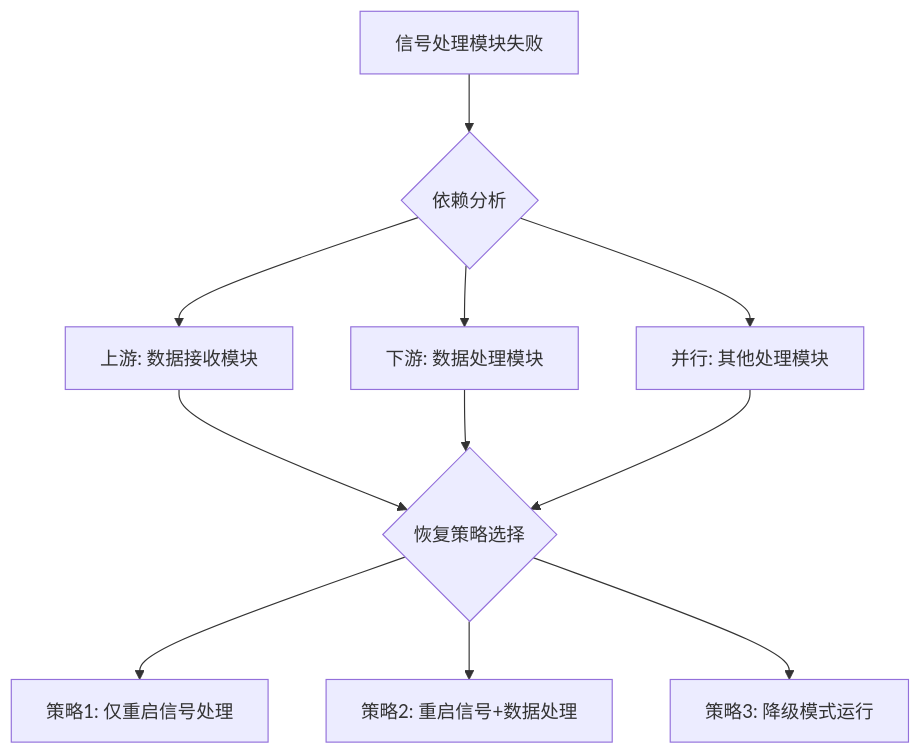
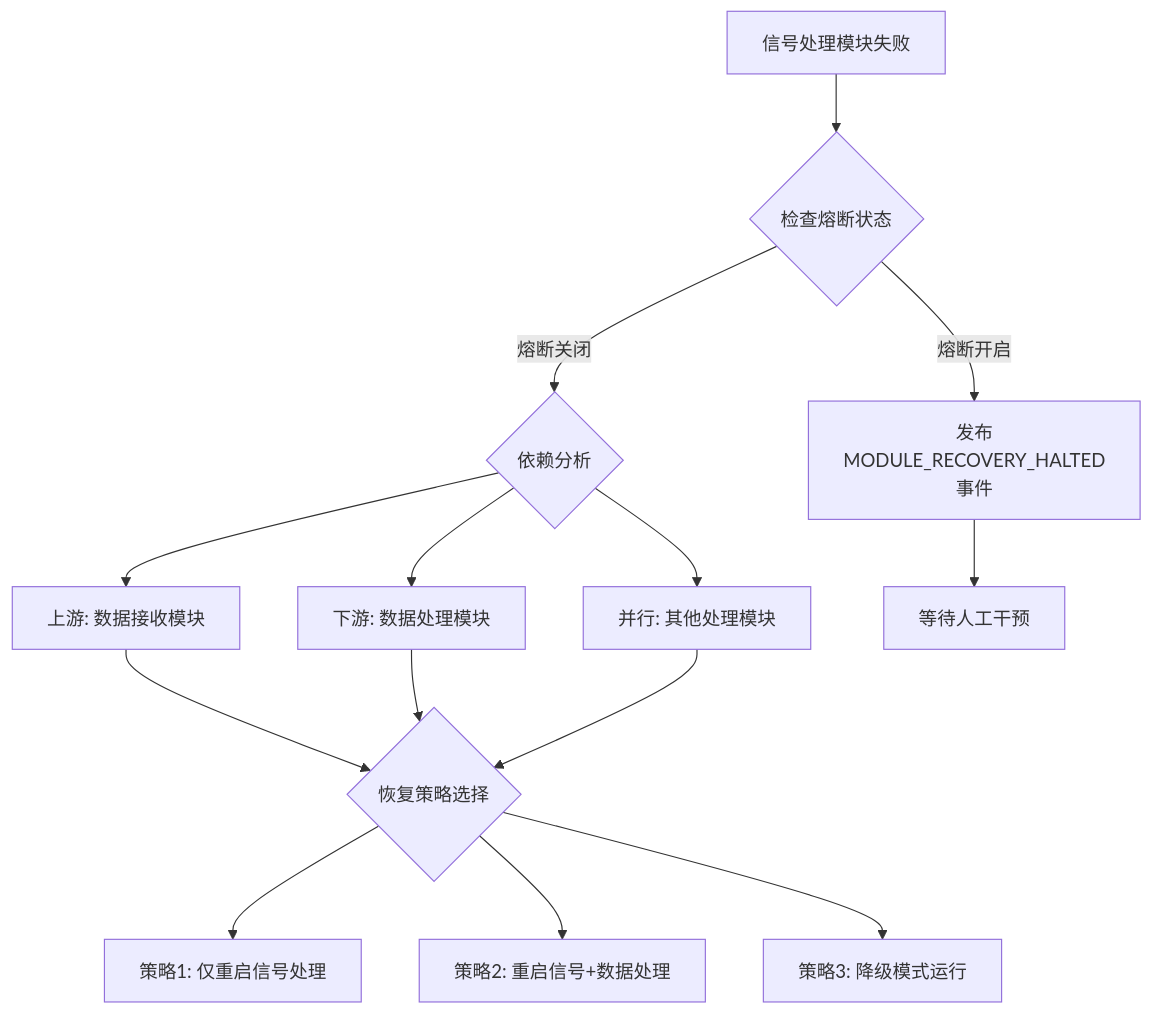
The ninth of 14 diagrams in docs/01_项目设计/02_模块设计/05_任务调度器设计.md (wendizhou99-cell/Radar), drawn with Mermaid before and after one commit. The commit also changed other lines of this file and 22 other files, not shown here.

````diff
--- a/docs/01_项目设计/02_模块设计/05_任务调度器设计.md
+++ b/docs/01_项目设计/02_模块设计/05_任务调度器设计.md
@@ -532,15 +599,20 @@
 ```mermaid
 graph TD
-    A[信号处理模块失败] --> B{依赖分析}
-    B --> C[上游: 数据接收模块]
-    B --> D[下游: 数据处理模块]
-    B --> E[并行: 其他处理模块]
+    A[信号处理模块失败] --> B{检查熔断状态}
+    B -->|熔断开启| C[发布MODULE_RECOVERY_HALTED事件]
+    B -->|熔断关闭| D{依赖分析}
 
-    C --> F{恢复策略选择}
-    D --> F
-    E --> F
+    D --> E[上游: 数据接收模块]
+    D --> F[下游: 数据处理模块]
+    D --> G[并行: 其他处理模块]
 
-    F --> G[策略1: 仅重启信号处理]
-    F --> H[策略2: 重启信号+数据处理]
-    F --> I[策略3: 降级模式运行]
+    E --> H{恢复策略选择}
+    F --> H
+    G --> H
+
+    H --> I[策略1: 仅重启信号处理]
+    H --> J[策略2: 重启信号+数据处理]
+    H --> K[策略3: 降级模式运行]
+
+    C --> L[等待人工干预]
 ```
````
